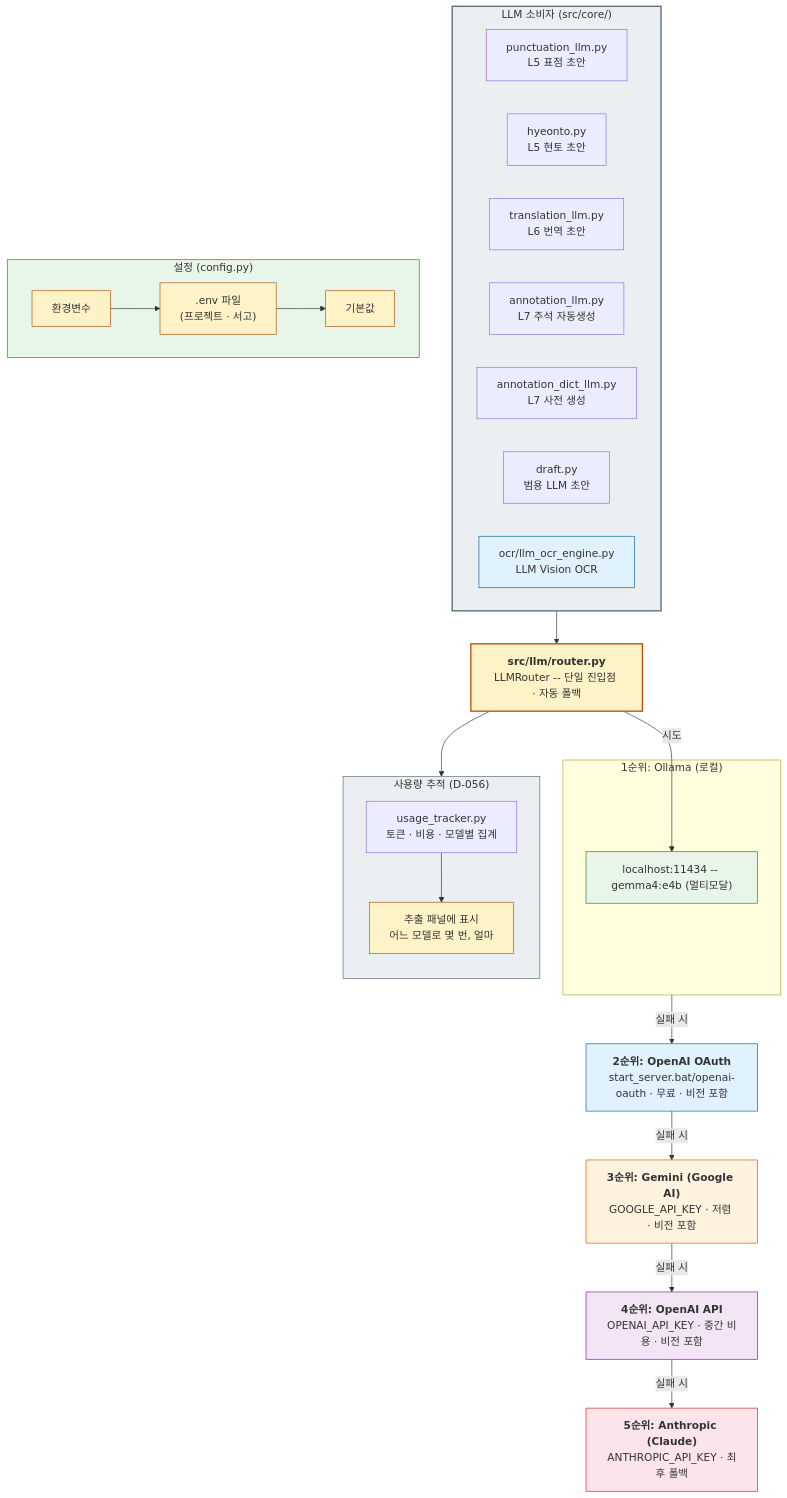
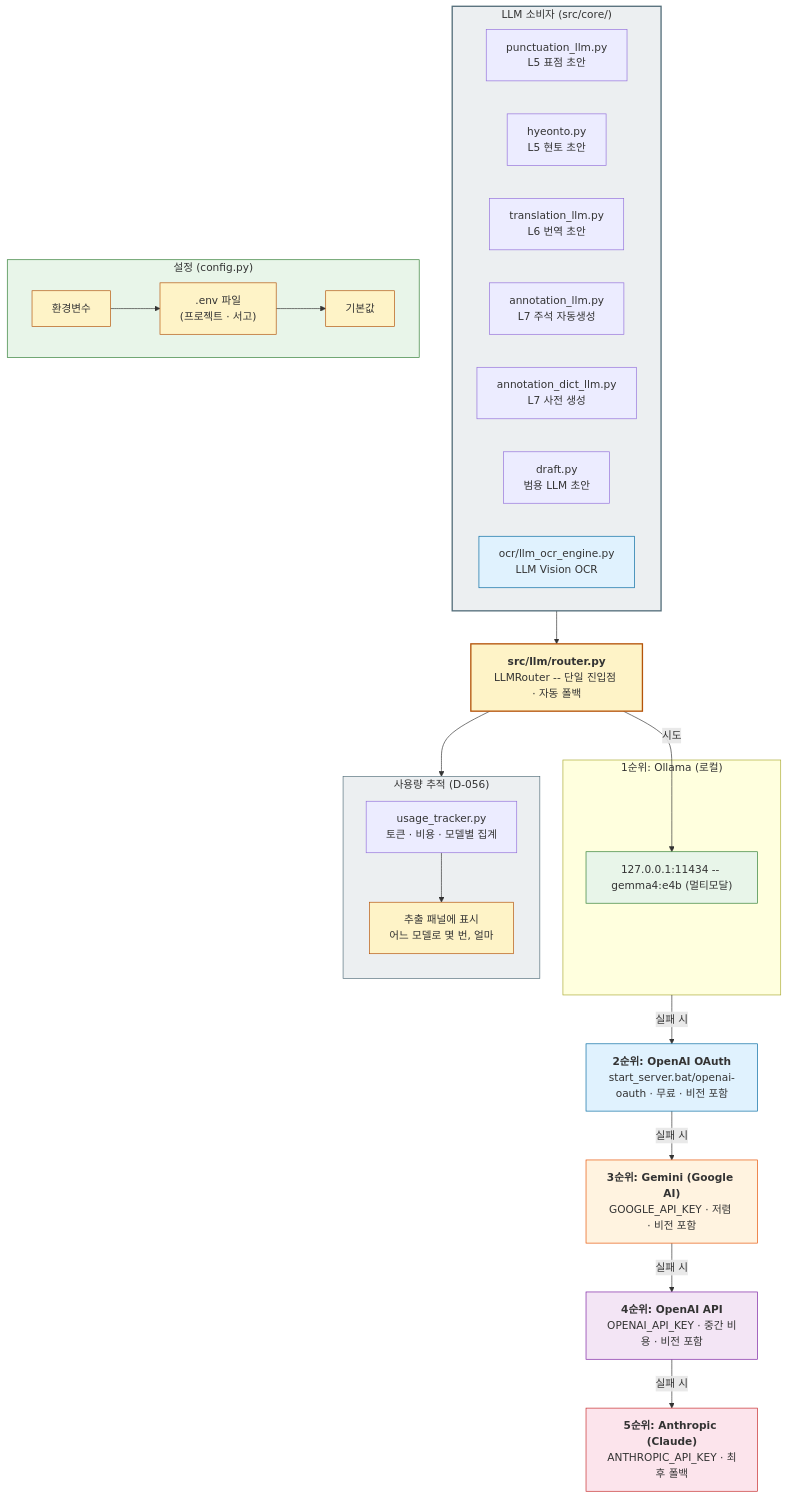
One commit to hw725/classical-text-browser changed the fourth of 13 diagrams in docs/architecture-diagrams.md. Above: the diagram before and after it, drawn with Mermaid. The commit also changed 14 other files, not shown here.

````diff
--- a/docs/architecture-diagrams.md
+++ b/docs/architecture-diagrams.md
@@ -327,63 +327,63 @@
 ```mermaid
 flowchart TB
     ENTRY["<b>src/llm/router.py</b><br/>LLMRouter -- 단일 진입점 · 자동 폴백"]
 
     ENTRY -->|"시도"| TIER1
 
     subgraph TIER1_GROUP["1순위: Ollama (로컬)"]
-        TIER1["localhost:11434 -- gemma4:e4b (멀티모달)"]
+        TIER1["127.0.0.1:11434 -- gemma4:e4b (멀티모달)"]
     end
 
     TIER1_GROUP -->|"실패 시"| TIER2
     TIER2["<b>2순위: OpenAI OAuth</b><br/>start_server.bat/openai-oauth · 무료 · 비전 포함"]
     TIER2 -->|"실패 시"| TIER3
     TIER3["<b>3순위: Gemini (Google AI)</b><br/>GOOGLE_API_KEY · 저렴 · 비전 포함"]
     TIER3 -->|"실패 시"| TIER4
     TIER4["<b>4순위: OpenAI API</b><br/>OPENAI_API_KEY · 중간 비용 · 비전 포함"]
     TIER4 -->|"실패 시"| TIER5
     TIER5["<b>5순위: Anthropic (Claude)</b><br/>ANTHROPIC_API_KEY · 최후 폴백"]
 
     subgraph CONSUMERS["LLM 소비자 (src/core/)"]
         direction LR
         C1["punctuation_llm.py<br/>L5 표점 초안"]
         C2["hyeonto.py<br/>L5 현토 초안"]
         C3["translation_llm.py<br/>L6 번역 초안"]
         C4["annotation_llm.py<br/>L7 주석 자동생성"]
         C5["annotation_dict_llm.py<br/>L7 사전 생성"]
         C6["draft.py<br/>범용 LLM 초안"]
         C7["ocr/llm_ocr_engine.py<br/>LLM Vision OCR"]
     end
 
     CONSUMERS --> ENTRY
 
     subgraph CONFIG["설정 (config.py)"]
         CF1["환경변수"]
         CF2[".env 파일<br/>(프로젝트 · 서고)"]
         CF3["기본값"]
         CF1 --> CF2 --> CF3
     end
 
     subgraph USAGE["사용량 추적 (D-056)"]
         direction TB
         UT["usage_tracker.py<br/>토큰 · 비용 · 모델별 집계"]
         UT2["추출 패널에 표시<br/>어느 모델로 몇 번, 얼마"]
         UT --> UT2
     end
 
     ENTRY --> USAGE
 
     style UT2 fill:#fef3c7,stroke:#b45309
     style C7 fill:#e0f2fe,stroke:#0369a1
     style ENTRY fill:#fef3c7,stroke:#b45309,stroke-width:2px
     style TIER1 fill:#e8f5e9,stroke:#2e7d32
     style TIER2 fill:#e0f2fe,stroke:#0369a1
     style TIER3 fill:#fff3e0,stroke:#e65100
     style TIER4 fill:#f3e5f5,stroke:#7b1fa2
     style TIER5 fill:#fce4ec,stroke:#c62828
     style CONSUMERS fill:#eceff1,stroke:#546e7a,stroke-width:2px
     style CONFIG fill:#e8f5e9,stroke:#2e7d32
     style CF1 fill:#fef3c7,stroke:#b45309
     style CF2 fill:#fef3c7,stroke:#b45309
     style CF3 fill:#fef3c7,stroke:#b45309
     style USAGE fill:#eceff1,stroke:#546e7a
 ```
````
